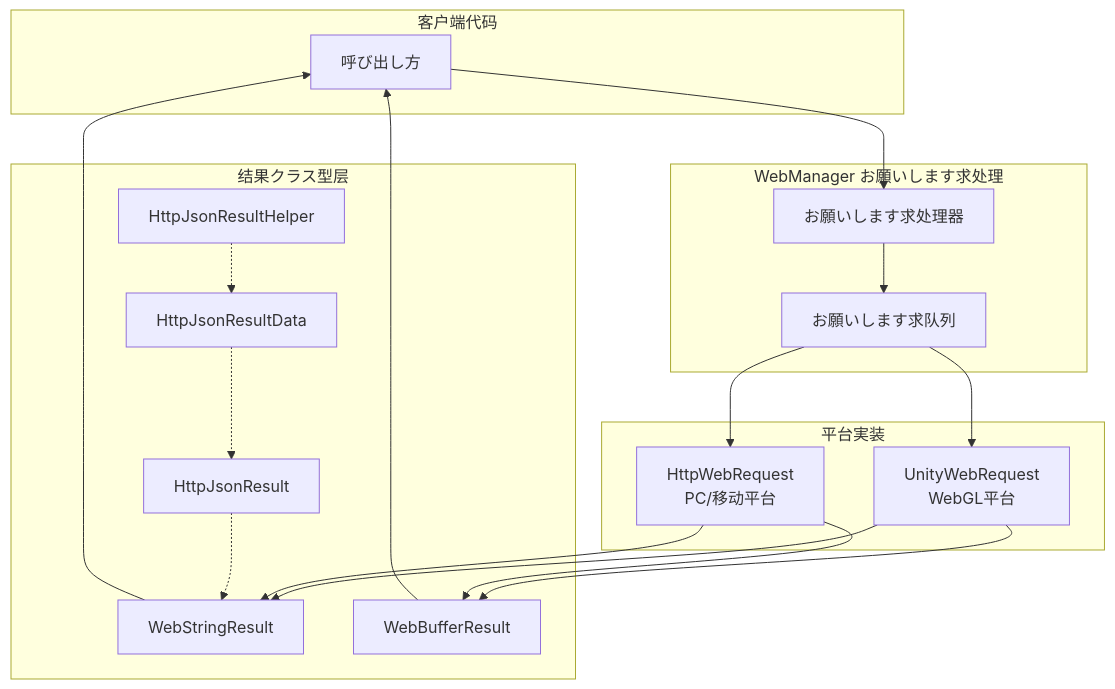
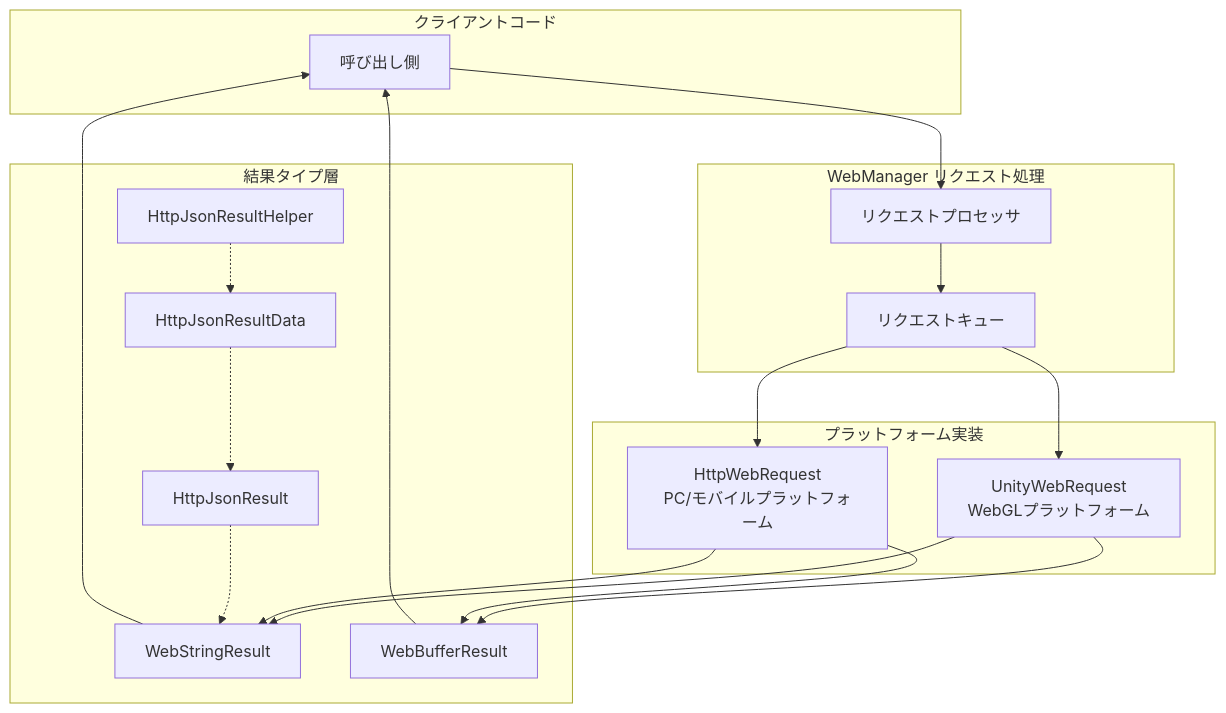
One commit to AlianBlank/GameFrameX.Docs changed the first of 2 diagrams in docs/ja/client/unity/component/web/06.result-types.md. Above: the diagram before and after it, drawn with Mermaid. The commit also changed other lines of this file and 320 other files, not shown here.

````diff
--- a/docs/ja/client/unity/component/web/06.result-types.md
+++ b/docs/ja/client/unity/component/web/06.result-types.md
@@ -18,38 +18,38 @@
 ```mermaid
 flowchart TD
-    subgraph Client["客户端代码"]
-        Caller[呼び出し方]
+    subgraph Client["クライアントコード"]
+        Caller[呼び出し側]
     end
 
-    subgraph WebManager["WebManager お願いします求处理"]
-        ReqHandler[お願いします求处理器]
-        Queue[お願いします求队列]
+    subgraph WebManager["WebManager リクエスト処理"]
+        ReqHandler[リクエストプロセッサ]
+        Queue[リクエストキュー]
     end
 
-    subgraph ResultTypes["结果クラス型层"]
+    subgraph ResultTypes["結果タイプ層"]
         WSR[WebStringResult]
         WBR[WebBufferResult]
         HJR[HttpJsonResult]
         HJRD[HttpJsonResultData<T>]
         HJRH[HttpJsonResultHelper]
     end
 
-    subgraph Platform["平台実装"]
-        UnityWeb[UnityWebRequest<br/>WebGL平台]
-        HttpWeb[HttpWebRequest<br/>PC/移动平台]
+    subgraph Platform["プラットフォーム実装"]
+        UnityWeb[UnityWebRequest<br/>WebGLプラットフォーム]
+        HttpWeb[HttpWebRequest<br/>PC/モバイルプラットフォーム]
     end
 
     Caller --> ReqHandler
     ReqHandler --> Queue
     Queue --> UnityWeb
     Queue --> HttpWeb
     UnityWeb --> WSR
     UnityWeb --> WBR
     HttpWeb --> WSR
     HttpWeb --> WBR
     WSR --> Caller
     WBR --> Caller
     HJR -.-> WSR
     HJRD -.-> HJR
     HJRH -.-> HJRD
 ```
````
